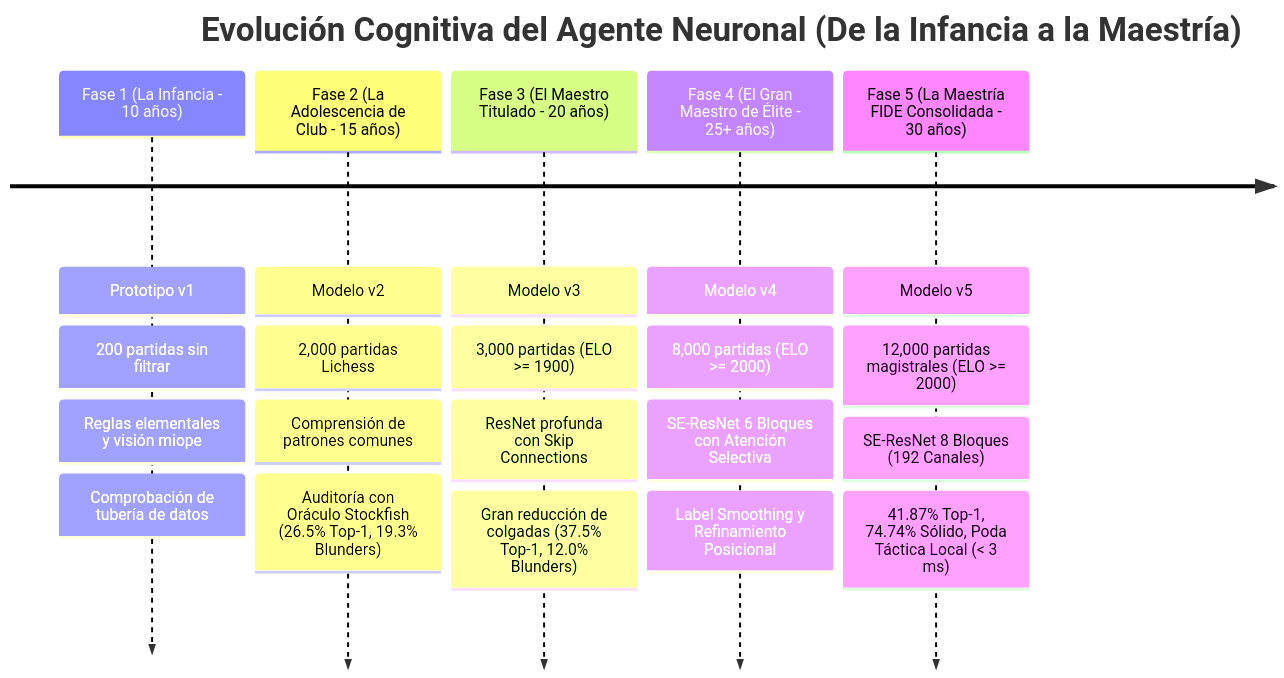
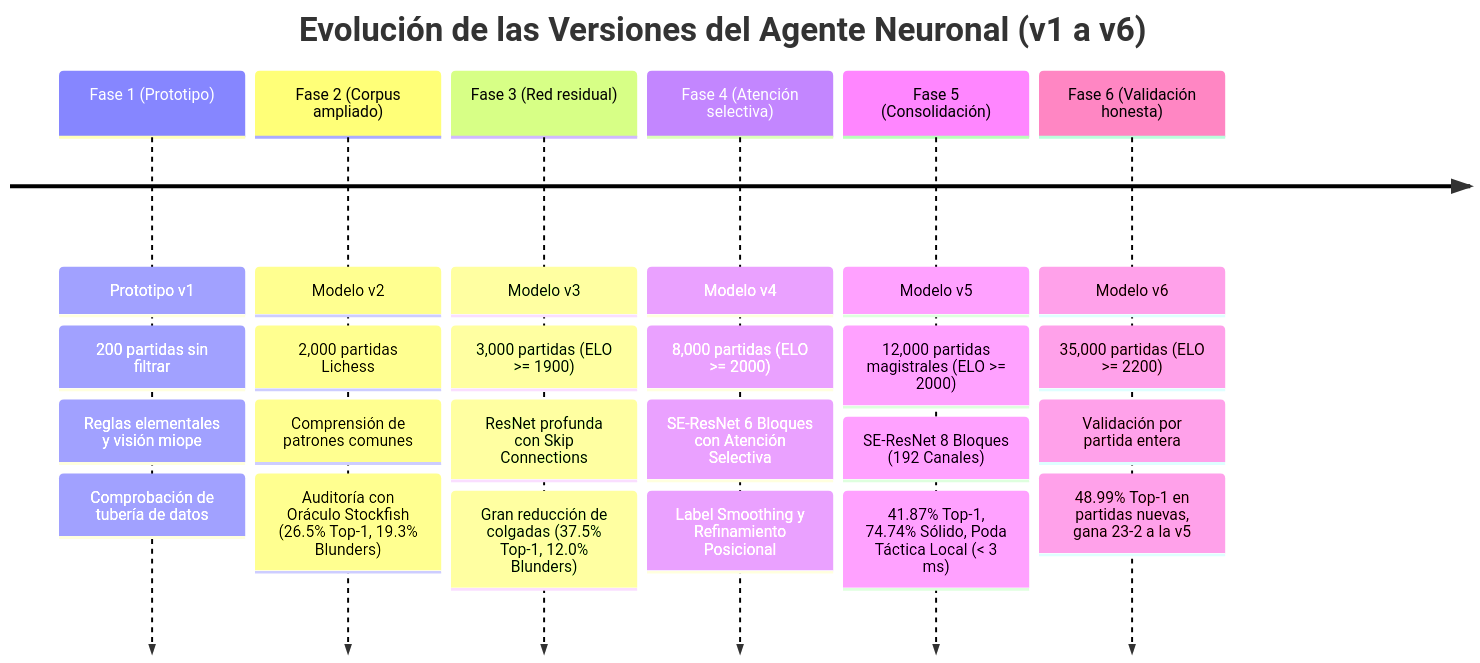
Before and after one commit to larzekao9/Brazo-Rob-tico-con-Inteligencia-Artificial-para-el-Aprendizaje-del-Ajedrez: the fourth of 5 diagrams in docs/marco_teorico_ia_entrenamiento.md, drawn with Mermaid. The commit also changed other lines of this file and 5 other files, not shown here.

First line of the commit message:
feat(turing): busqueda de variantes sobre la red y documentacion del marco teorico actualizada

````diff
--- a/docs/marco_teorico_ia_entrenamiento.md
+++ b/docs/marco_teorico_ia_entrenamiento.md
@@ -371,9 +453,10 @@
 ```mermaid
 timeline
-    title Evolución Cognitiva del Agente Neuronal (De la Infancia a la Maestría)
-    Fase 1 (La Infancia - 10 años) : Prototipo v1 : 200 partidas sin filtrar : Reglas elementales y visión miope : Comprobación de tubería de datos
-    Fase 2 (La Adolescencia de Club - 15 años) : Modelo v2 : 2,000 partidas Lichess : Comprensión de patrones comunes : Auditoría con Oráculo Stockfish (26.5% Top-1, 19.3% Blunders)
-    Fase 3 (El Maestro Titulado - 20 años) : Modelo v3 : 3,000 partidas (ELO >= 1900) : ResNet profunda con Skip Connections : Gran reducción de colgadas (37.5% Top-1, 12.0% Blunders)
-    Fase 4 (El Gran Maestro de Élite - 25+ años) : Modelo v4 : 8,000 partidas (ELO >= 2000) : SE-ResNet 6 Bloques con Atención Selectiva : Label Smoothing y Refinamiento Posicional
-    Fase 5 (La Maestría FIDE Consolidada - 30 años) : Modelo v5 : 12,000 partidas magistrales (ELO >= 2000) : SE-ResNet 8 Bloques (192 Canales) : 41.87% Top-1, 74.74% Sólido, Poda Táctica Local (< 3 ms)
+    title Evolución de las Versiones del Agente Neuronal (v1 a v6)
+    Fase 1 (Prototipo) : Prototipo v1 : 200 partidas sin filtrar : Reglas elementales y visión miope : Comprobación de tubería de datos
+    Fase 2 (Corpus ampliado) : Modelo v2 : 2,000 partidas Lichess : Comprensión de patrones comunes : Auditoría con Oráculo Stockfish (26.5% Top-1, 19.3% Blunders)
+    Fase 3 (Red residual) : Modelo v3 : 3,000 partidas (ELO >= 1900) : ResNet profunda con Skip Connections : Gran reducción de colgadas (37.5% Top-1, 12.0% Blunders)
+    Fase 4 (Atención selectiva) : Modelo v4 : 8,000 partidas (ELO >= 2000) : SE-ResNet 6 Bloques con Atención Selectiva : Label Smoothing y Refinamiento Posicional
+    Fase 5 (Consolidación) : Modelo v5 : 12,000 partidas magistrales (ELO >= 2000) : SE-ResNet 8 Bloques (192 Canales) : 41.87% Top-1, 74.74% Sólido, Poda Táctica Local (< 3 ms)
+    Fase 6 (Validación honesta) : Modelo v6 : 35,000 partidas (ELO >= 2200) : Validación por partida entera : 48.99% Top-1 en partidas nuevas, gana 23-2 a la v5
 ```
````
